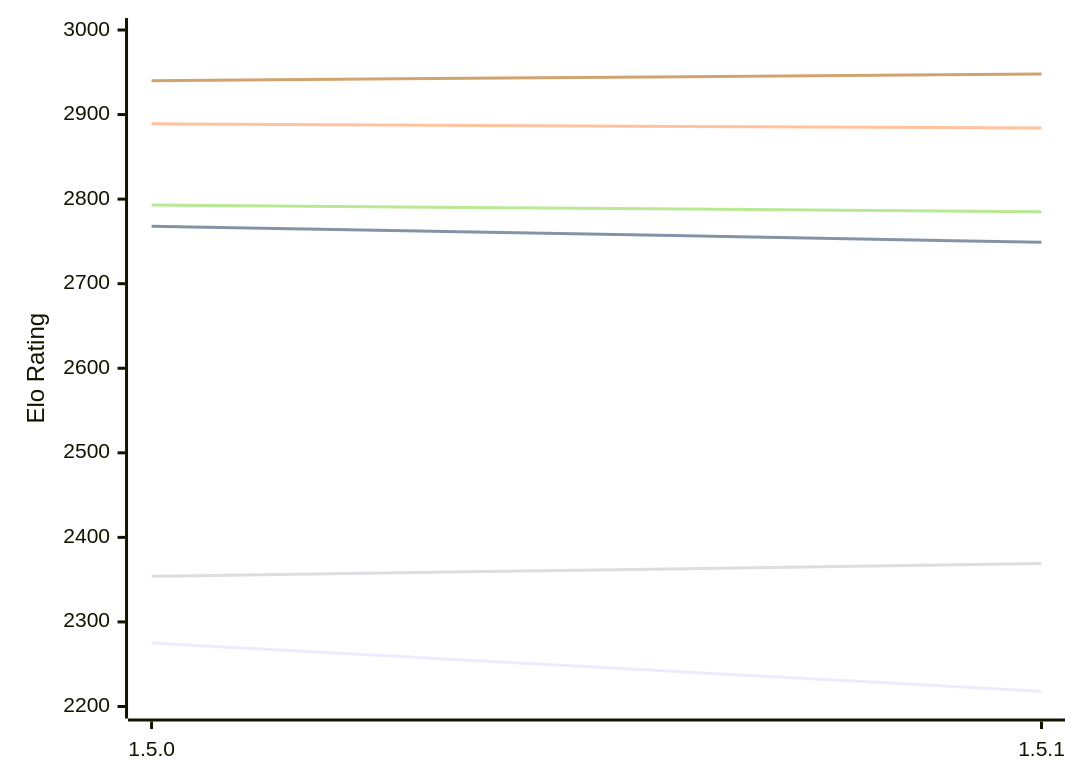
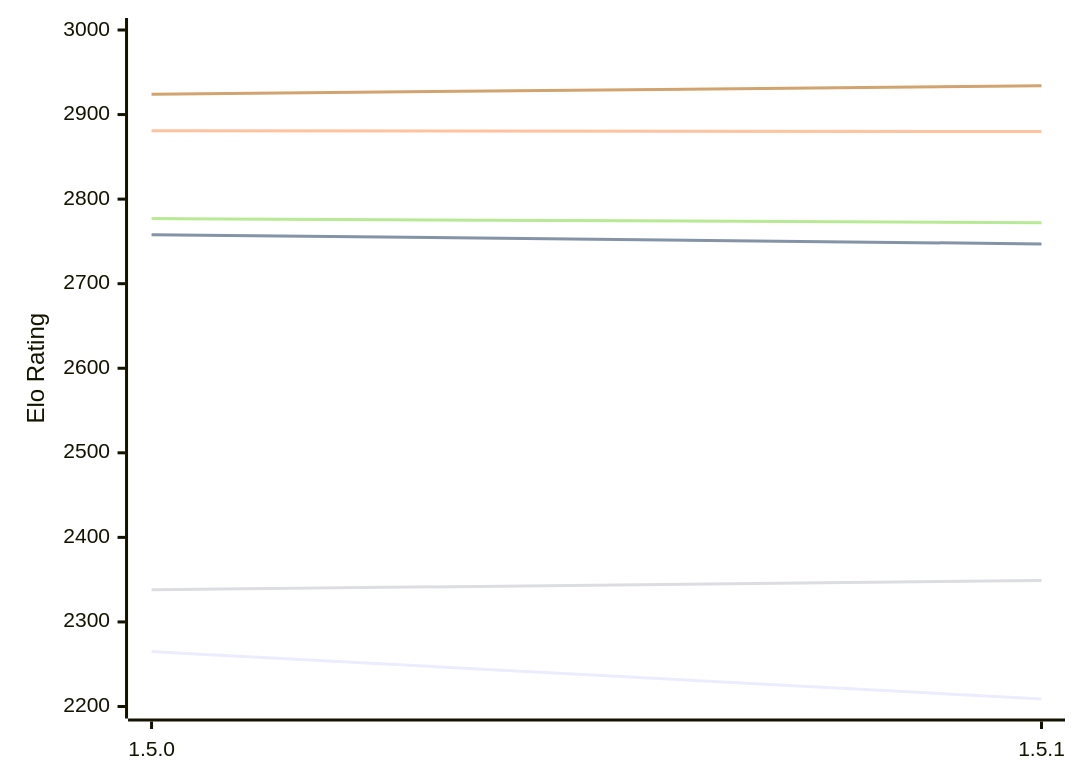
Before and after one commit to computer-chess-index/cci: the first of 2 diagrams in engines/Coco.md, drawn with Mermaid. The commit also changed other lines of this file, not shown here.

Commit message:
Update CCI Ratings (ELO VLTC) - 2026-11-02

````diff
--- a/engines/Coco.md
+++ b/engines/Coco.md
@@ -50,12 +50,12 @@
 ```mermaid
 %%{init: {"theme":"base","themeVariables":{"seriesColors:['#a3a3a3','#222221','#faa371']}}}%%
 xychart-beta
   x-axis ["1.5.0", "1.5.1"]
   y-axis "Elo Rating" 2200 --> 3000
-  line "E1: STC (8.0+0.08s)" [2275, 2218]
-  line "E1: LTC (60.0+0.60s)" [2768, 2749]
-  line "E1: VLTC (2m24s+1.12s)" [2889, 2884]
-  line "P1: STC (8.0+0.08s)" [2354, 2369]
-  line "P1: LTC (60.0+0.60s)" [2793, 2785]
-  line "P1: VLTC (2m24s+1.12s)" [2940, 2948]
+  line "E1: STC (8.0+0.08s)" [2265, 2209]
+  line "E1: LTC (60.0+0.60s)" [2758, 2747]
+  line "E1: VLTC (2m24s+1.12s)" [2881, 2880]
+  line "P1: STC (8.0+0.08s)" [2338, 2349]
+  line "P1: LTC (60.0+0.60s)" [2777, 2772]
+  line "P1: VLTC (2m24s+1.12s)" [2924, 2934]
 ```
````
